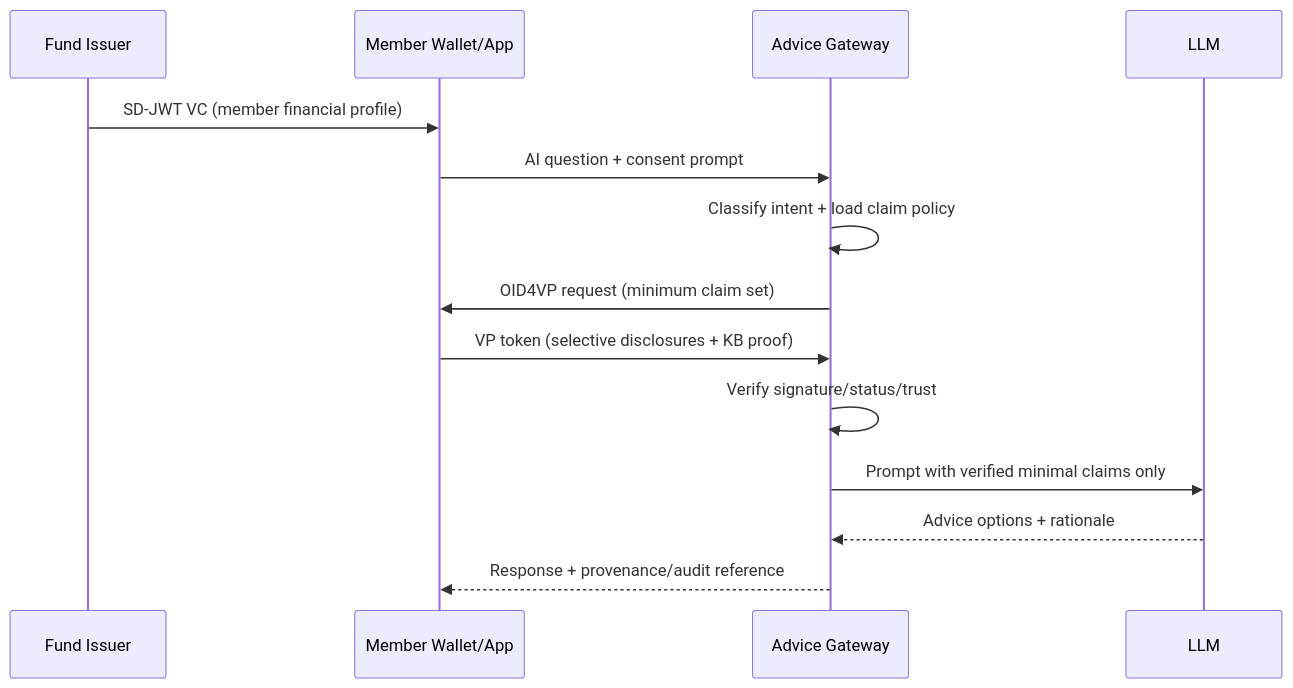
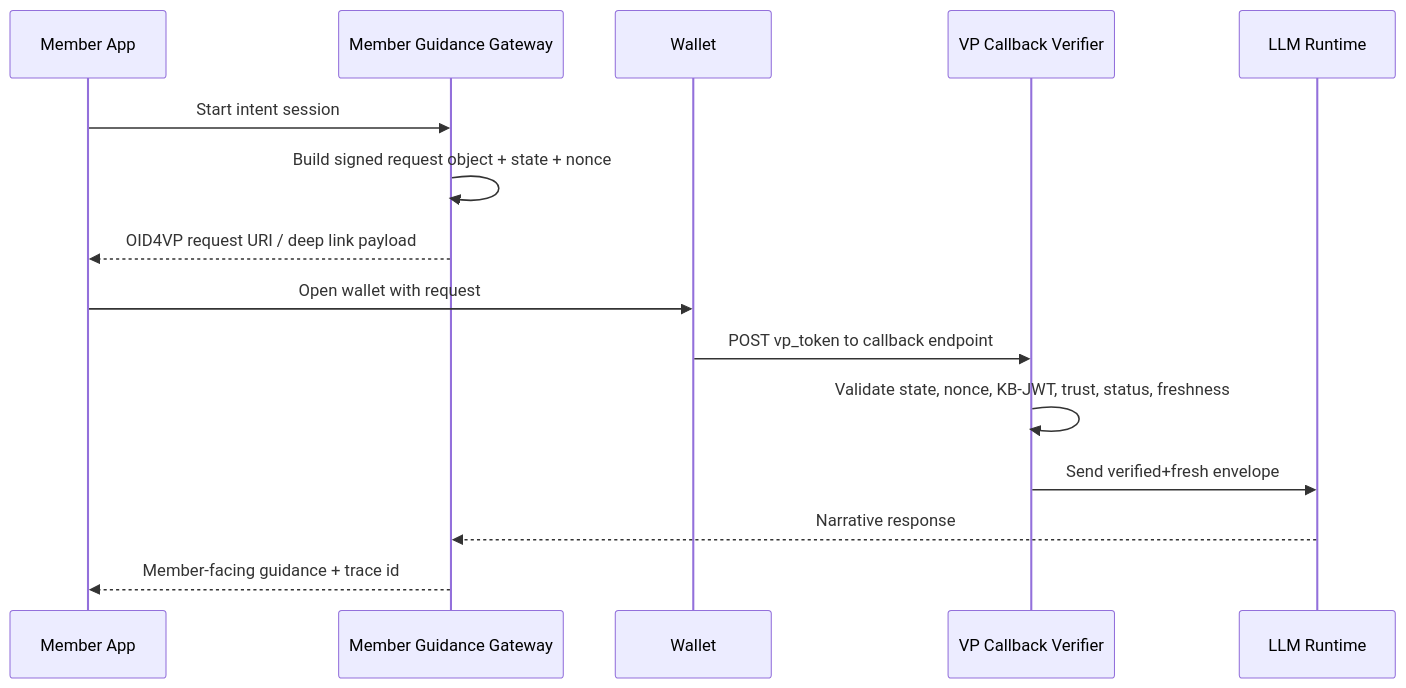
One commit to openwallet-foundation-labs/sd-jwt-dotnet changed the diagram in docs/insights/verified-advice-context.md. Above: the diagram before and after it, drawn with Mermaid. The commit also changed other lines of this file and 20 other files, not shown here.

````diff
--- a/docs/insights/verified-advice-context.md
+++ b/docs/insights/verified-advice-context.md
@@ -83,17 +210,18 @@
 ```mermaid
 sequenceDiagram
-    participant Issuer as Fund Issuer
-    participant Holder as Member Wallet/App
-    participant Verifier as Advice Gateway
-    participant Model as LLM
+    participant Client as Member App
+    participant Gateway as Member Guidance Gateway
+    participant Wallet as Wallet
+    participant Verifier as VP Callback Verifier
+    participant Model as LLM Runtime
 
-    Issuer->>Holder: SD-JWT VC (member financial profile)
-    Holder->>Verifier: AI question + consent prompt
-    Verifier->>Verifier: Classify intent + load claim policy
-    Verifier->>Holder: OID4VP request (minimum claim set)
-    Holder->>Verifier: VP token (selective disclosures + KB proof)
-    Verifier->>Verifier: Verify signature/status/trust
-    Verifier->>Model: Prompt with verified minimal claims only
-    Model-->>Verifier: Advice options + rationale
-    Verifier-->>Holder: Response + provenance/audit reference
+    Client->>Gateway: Start intent session
+    Gateway->>Gateway: Build signed request object + state + nonce
+    Gateway-->>Client: OID4VP request URI / deep link payload
+    Client->>Wallet: Open wallet with request
+    Wallet->>Verifier: POST vp_token to callback endpoint
+    Verifier->>Verifier: Validate state, nonce, KB-JWT, trust, status, freshness
+    Verifier->>Model: Send verified+fresh envelope
+    Model-->>Gateway: Narrative response
+    Gateway-->>Client: Member-facing guidance + trace id
 ```
````
